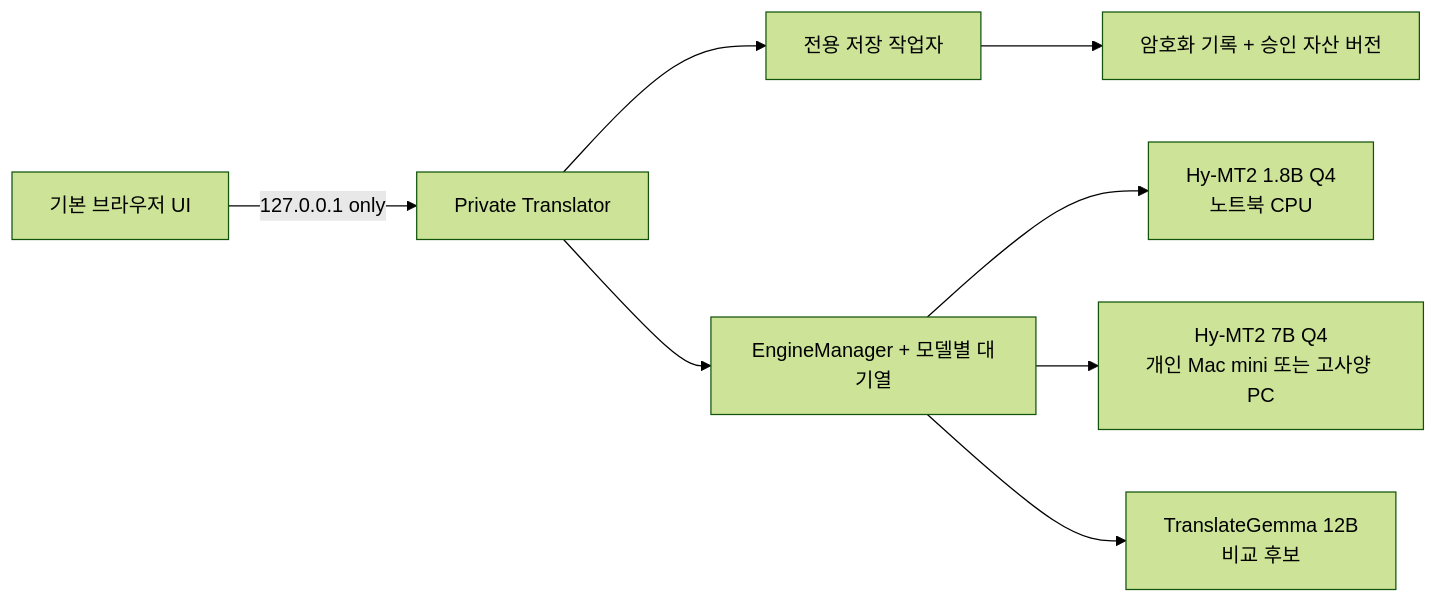
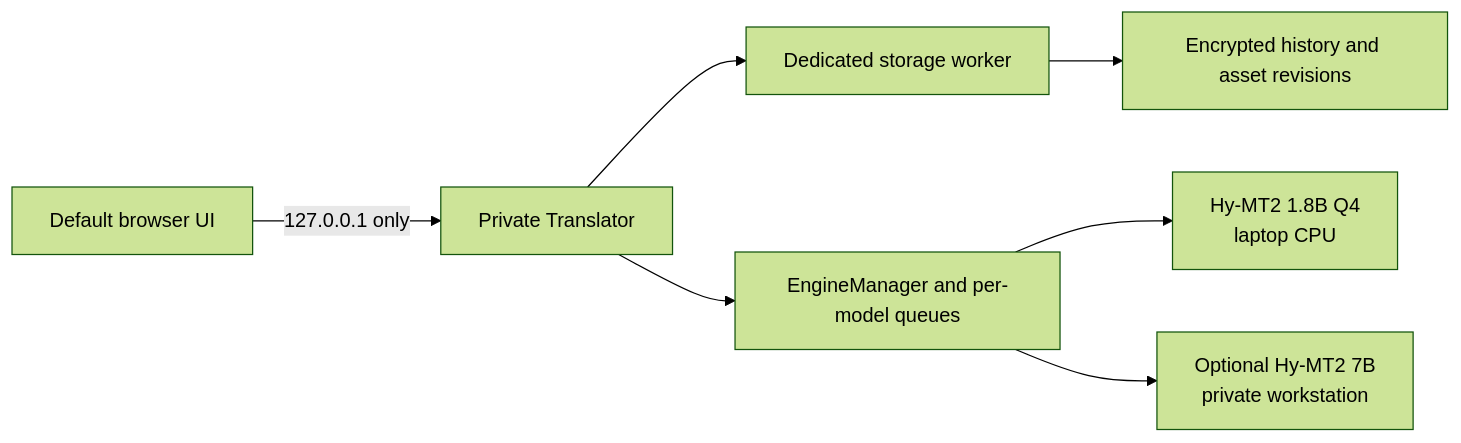
Before and after one commit to unmatched785/private-translator: the diagram in docs/architecture-v1.md, drawn with Mermaid (forest theme). The commit also changed other lines of this file and 42 other files, not shown here.

````diff
--- a/docs/architecture-v1.md
+++ b/docs/architecture-v1.md
@@ -9,10 +9,9 @@
 ```mermaid
 flowchart LR
-    Browser["기본 브라우저 UI"] -->|"127.0.0.1 only"| App["Private Translator"]
-    App --> Storage["전용 저장 작업자"]
-    Storage --> Vault["암호화 기록 + 승인 자산 버전"]
-    App --> Manager["EngineManager + 모델별 대기열"]
-    Manager --> Lite["Hy-MT2 1.8B Q4\n노트북 CPU"]
-    Manager --> Quality["Hy-MT2 7B Q4\n개인 Mac mini 또는 고사양 PC"]
-    Manager --> Compare["TranslateGemma 12B\n비교 후보"]
+    Browser["Default browser UI"] -->|"127.0.0.1 only"| App["Private Translator"]
+    App --> Storage["Dedicated storage worker"]
+    Storage --> Vault["Encrypted history and asset revisions"]
+    App --> Manager["EngineManager and per-model queues"]
+    Manager --> Lite["Hy-MT2 1.8B Q4\nlaptop CPU"]
+    Manager --> Quality["Optional Hy-MT2 7B\nprivate workstation"]
 ```
````
